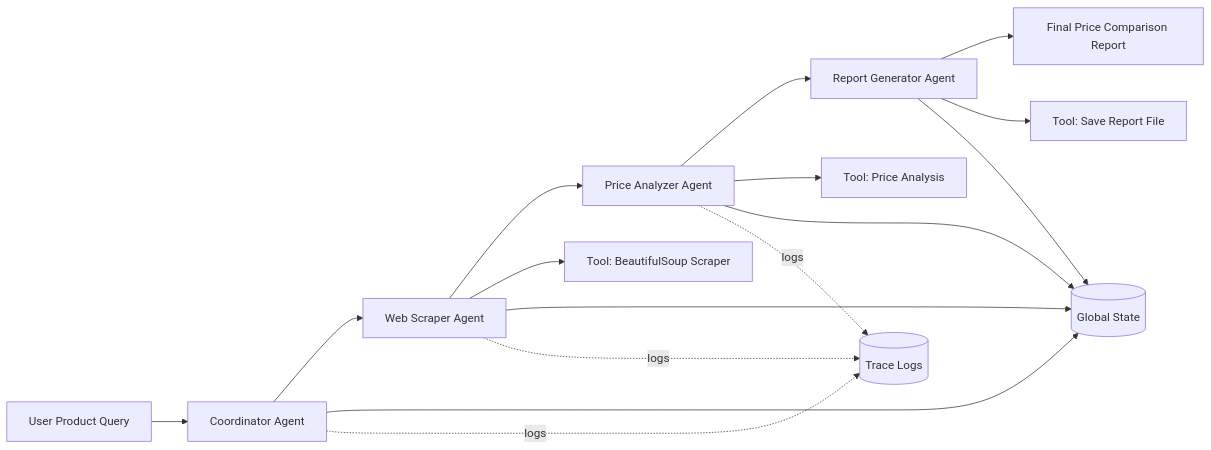
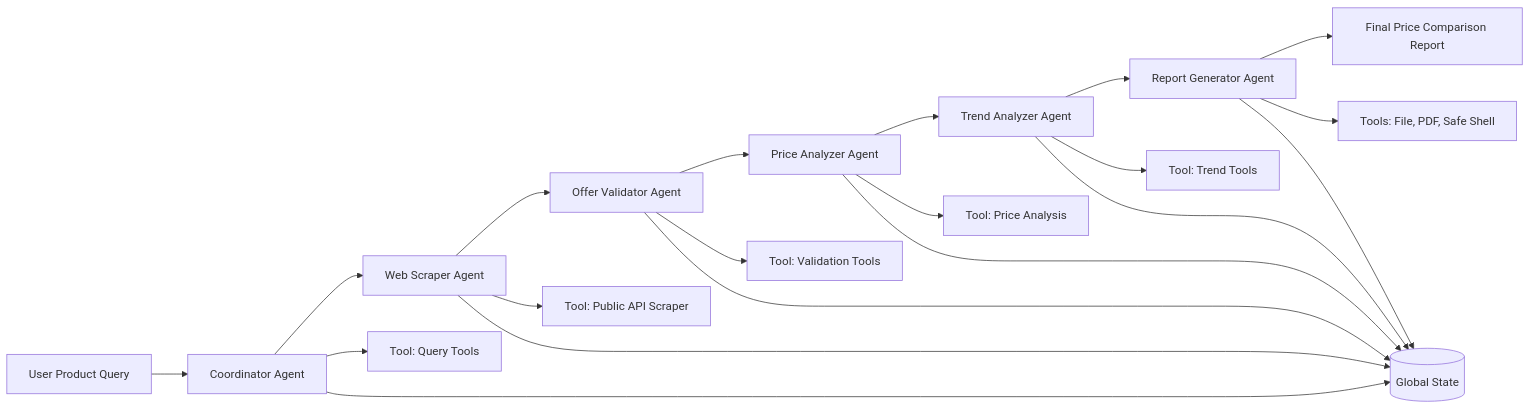
Before and after one commit to Tharushi-Nethmini/MAS: the diagram in docs/technical_report_final.md, drawn with Mermaid. The commit also changed other lines of this file and 3 other files, not shown here.

````diff
--- a/docs/technical_report_final.md
+++ b/docs/technical_report_final.md
@@ -56,21 +57,24 @@
 ```mermaid
 flowchart LR
     U[User Product Query] --> C[Coordinator Agent]
     C --> WS[Web Scraper Agent]
-    WS --> PA[Price Analyzer Agent]
-    PA --> RG[Report Generator Agent]
+    WS --> OV[Offer Validator Agent]
+    OV --> PA[Price Analyzer Agent]
+    PA --> TA[Trend Analyzer Agent]
+    TA --> RG[Report Generator Agent]
     RG --> O[Final Price Comparison Report]
 
-    WS --> T1[Tool: BeautifulSoup Scraper]
-    PA --> T2[Tool: Price Analysis]
-    RG --> T3[Tool: Save Report File]
+    C --> T0[Tool: Query Tools]
+    WS --> T1[Tool: Public API Scraper]
+    OV --> T2[Tool: Validation Tools]
+    PA --> T3[Tool: Price Analysis]
+    TA --> T4[Tool: Trend Tools]
+    RG --> T5[Tools: File, PDF, Safe Shell]
 
     C --> G[(Global State)]
     WS --> G
+    OV --> G
     PA --> G
+    TA --> G
     RG --> G
-
-    C -.logs.-> L[(Trace Logs)]
-    WS -.logs.-> L
-    PA -.logs.-> L
 ```
````
